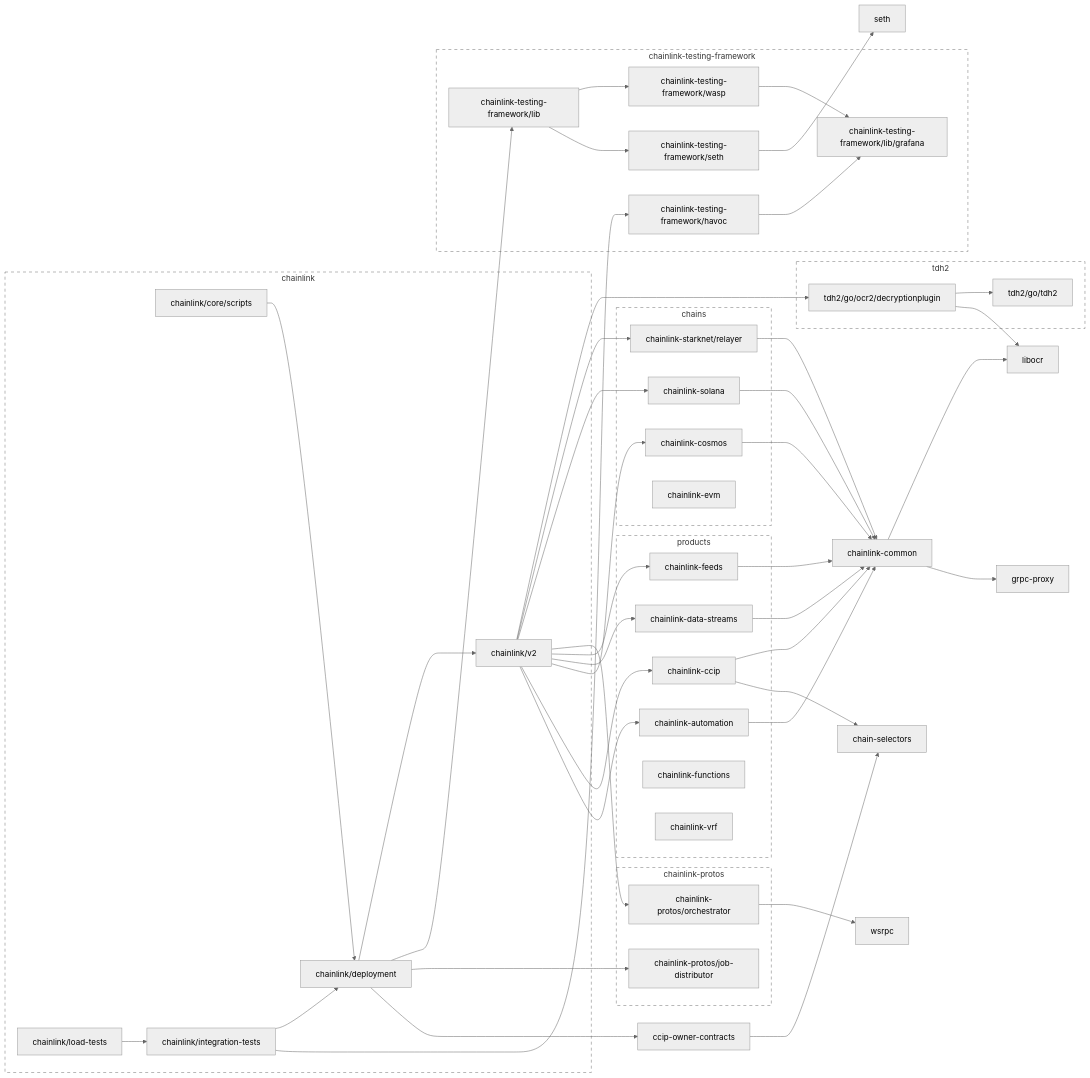
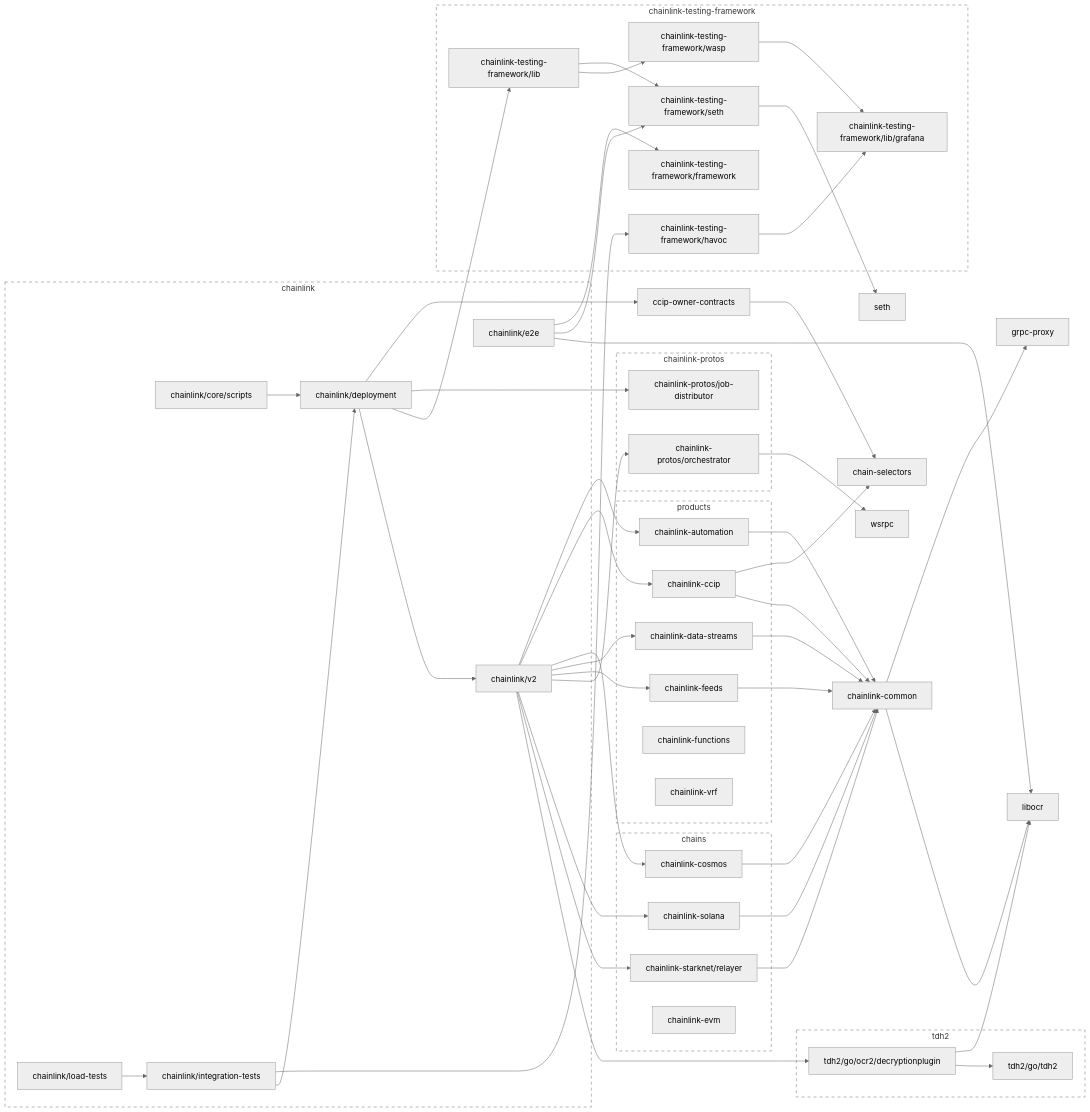
Before and after one commit to JohnDaWalka/chainlink: the second of 2 diagrams in go.md, drawn with Mermaid (neutral theme).

Commit message:
Run generate

```diff
--- a/go.md
+++ b/go.md
@@ -122,6 +122,8 @@
 	click chainlink-solana href "https://github.com/smartcontractkit/chainlink-solana"
 	chainlink-starknet/relayer --> chainlink-common
 	click chainlink-starknet/relayer href "https://github.com/smartcontractkit/chainlink-starknet"
+	chainlink-testing-framework/framework
+	click chainlink-testing-framework/framework href "https://github.com/smartcontractkit/chainlink-testing-framework"
 	chainlink-testing-framework/havoc --> chainlink-testing-framework/lib/grafana
 	click chainlink-testing-framework/havoc href "https://github.com/smartcontractkit/chainlink-testing-framework"
 	chainlink-testing-framework/lib --> chainlink-testing-framework/seth
@@ -140,6 +142,10 @@
 	chainlink/deployment --> chainlink-testing-framework/lib
 	chainlink/deployment --> chainlink/v2
 	click chainlink/deployment href "https://github.com/smartcontractkit/chainlink"
+	chainlink/e2e --> chainlink-testing-framework/framework
+	chainlink/e2e --> chainlink-testing-framework/seth
+	chainlink/e2e --> libocr
+	click chainlink/e2e href "https://github.com/smartcontractkit/chainlink"
 	chainlink/integration-tests --> chainlink-testing-framework/havoc
 	chainlink/integration-tests --> chainlink/deployment
 	click chainlink/integration-tests href "https://github.com/smartcontractkit/chainlink"
@@ -172,6 +178,7 @@
 	subgraph chainlink-repo[chainlink]
 		 chainlink/core/scripts
 		 chainlink/deployment
+		 chainlink/e2e
 		 chainlink/integration-tests
 		 chainlink/load-tests
 		 chainlink/v2
@@ -185,6 +192,7 @@
 	click chainlink-protos-repo href "https://github.com/smartcontractkit/chainlink-protos"
 
 	subgraph chainlink-testing-framework-repo[chainlink-testing-framework]
+		 chainlink-testing-framework/framework
 		 chainlink-testing-framework/havoc
 		 chainlink-testing-framework/lib
 		 chainlink-testing-framework/lib/grafana
```
